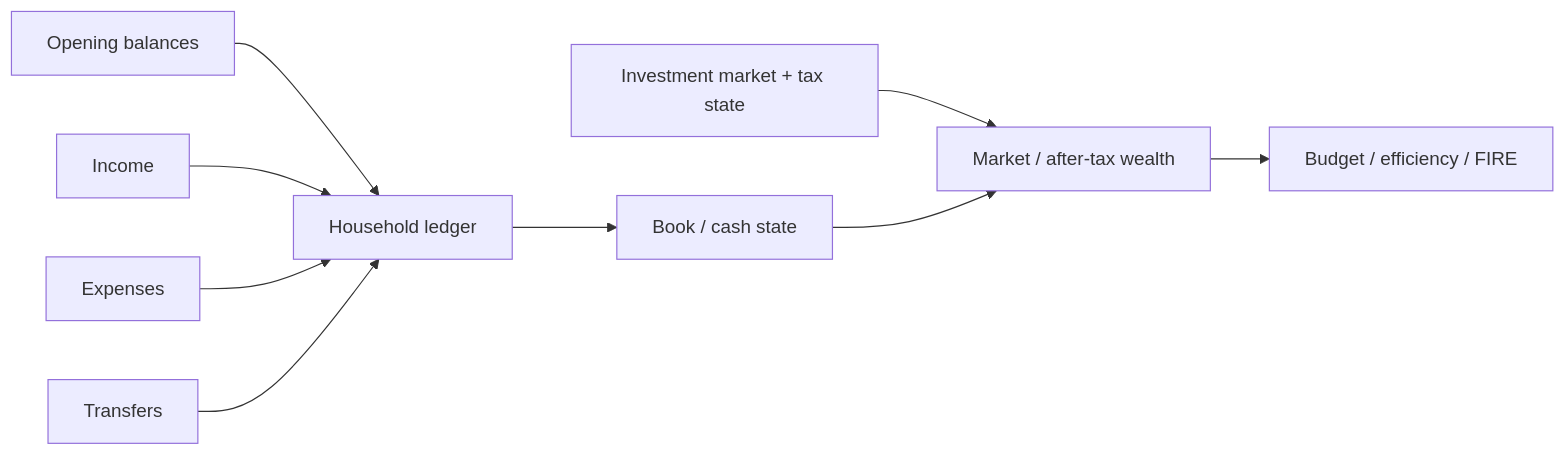
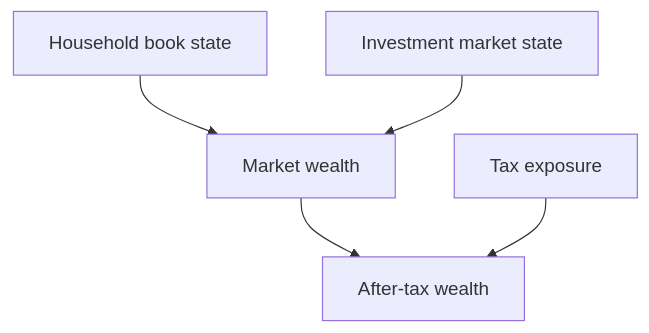
Diagram 19 of 31 in README.md (tks18/personal-finance-etl), drawn with Mermaid before and after one commit. The commit also changed other lines of this file, not shown here.

````diff
--- a/README.md
+++ b/README.md
@@ -1071,11 +628,7 @@
 ```mermaid
-flowchart LR
-    OPEN["Opening balances"] --> LED["Household ledger"]
-    INC["Income"] --> LED
-    EXP["Expenses"] --> LED
-    TR["Transfers"] --> LED
-    LED --> BOOK["Book / cash state"]
-    INV["Investment market + tax state"] --> MKT["Market / after-tax wealth"]
-    BOOK --> MKT
-    MKT --> PLAN["Budget / efficiency / FIRE"]
+flowchart TD
+    BOOK["Household book state"] --> MARKET["Market wealth"]
+    INV["Investment market state"] --> MARKET
+    MARKET --> AFTER["After-tax wealth"]
+    TAX["Tax exposure"] --> AFTER
 ```
````
